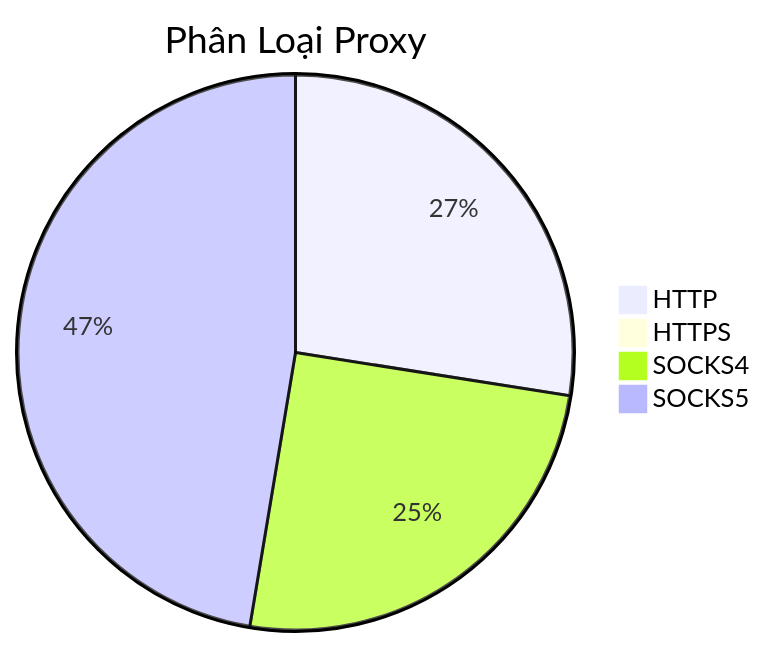
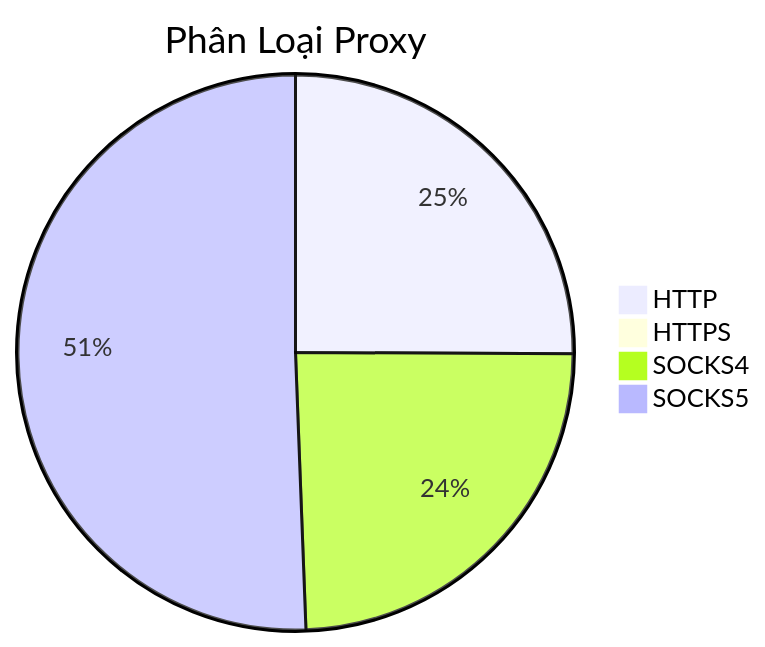
Before and after one commit to Ciara-Aa/PROXY-free: the diagram in README.md, drawn with Mermaid. The commit also changed other lines of this file and 4 other files, not shown here.

````diff
--- a/README.md
+++ b/README.md
@@ -26,7 +26,7 @@
 ```mermaid
 pie title Phân Loại Proxy
-    "HTTP" : 188
-    "HTTPS" : 0
-    "SOCKS4" : 172
-    "SOCKS5" : 324
+    "HTTP" : 167
+    "HTTPS" : 1
+    "SOCKS4" : 162
+    "SOCKS5" : 337
 ```
````
